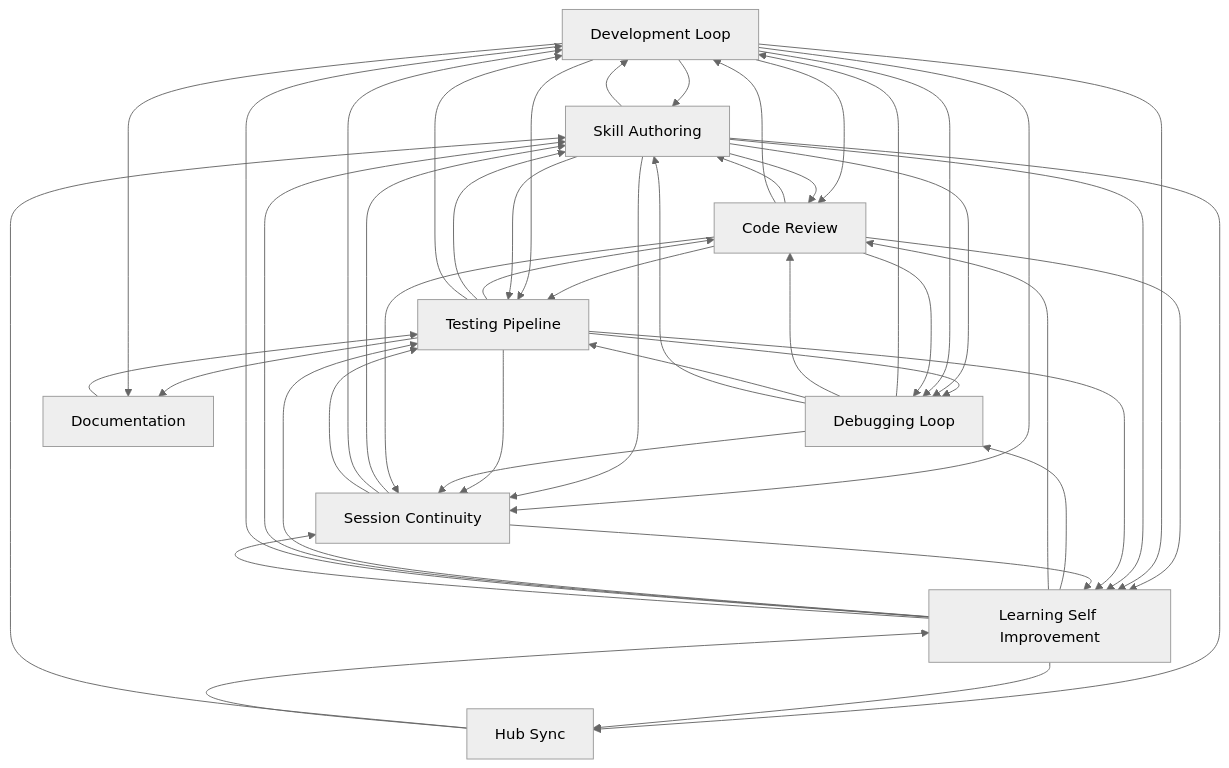
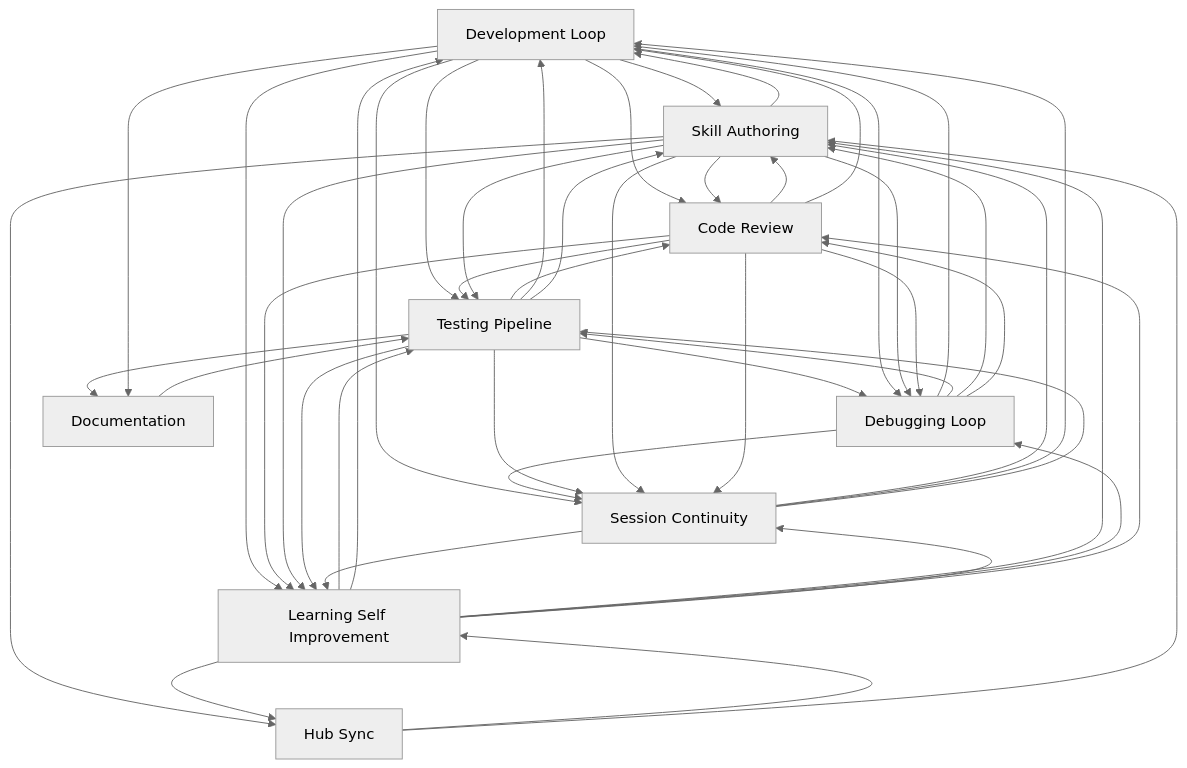
Before and after one commit to abhayla/claude-best-practices: the diagram in docs/workflows/INDEX.md, drawn with Mermaid (neutral theme). The commit also changed other lines of this file and 11 other files, not shown here.

````diff
--- a/docs/workflows/INDEX.md
+++ b/docs/workflows/INDEX.md
@@ -21,58 +21,58 @@
 ```mermaid
 graph TD
     development_loop[Development Loop]
     testing_pipeline[Testing Pipeline]
     debugging_loop[Debugging Loop]
     learning_self_improvement[Learning Self Improvement]
     session_continuity[Session Continuity]
     skill_authoring[Skill Authoring]
     code_review[Code Review]
     documentation[Documentation]
     hub_sync[Hub Sync]
     documentation --> testing_pipeline
+    development_loop --> skill_authoring
+    development_loop --> code_review
     code_review --> skill_authoring
     code_review --> development_loop
-    development_loop --> skill_authoring
-    development_loop --> code_review
+    development_loop --> testing_pipeline
+    development_loop --> learning_self_improvement
     code_review --> testing_pipeline
     code_review --> learning_self_improvement
-    development_loop --> testing_pipeline
-    development_loop --> learning_self_improvement
     testing_pipeline --> code_review
     testing_pipeline --> debugging_loop
+    testing_pipeline --> development_loop
     testing_pipeline --> skill_authoring
-    testing_pipeline --> development_loop
+    skill_authoring --> development_loop
     skill_authoring --> code_review
-    skill_authoring --> development_loop
     skill_authoring --> testing_pipeline
     skill_authoring --> learning_self_improvement
     development_loop --> session_continuity
+    debugging_loop --> development_loop
+    debugging_loop --> session_continuity
+    testing_pipeline --> session_continuity
     skill_authoring --> session_continuity
-    testing_pipeline --> session_continuity
-    debugging_loop --> session_continuity
-    debugging_loop --> development_loop
-    skill_authoring --> debugging_loop
-    development_loop --> debugging_loop
-    debugging_loop --> code_review
     debugging_loop --> testing_pipeline
     debugging_loop --> skill_authoring
+    debugging_loop --> code_review
+    development_loop --> debugging_loop
+    skill_authoring --> debugging_loop
+    learning_self_improvement --> testing_pipeline
+    learning_self_improvement --> development_loop
+    learning_self_improvement --> skill_authoring
     learning_self_improvement --> debugging_loop
     learning_self_improvement --> code_review
-    learning_self_improvement --> testing_pipeline
-    learning_self_improvement --> skill_authoring
-    learning_self_improvement --> development_loop
     code_review --> debugging_loop
-    code_review --> session_continuity
     testing_pipeline --> learning_self_improvement
     learning_self_improvement --> session_continuity
+    code_review --> session_continuity
+    session_continuity --> learning_self_improvement
     session_continuity --> skill_authoring
-    session_continuity --> learning_self_improvement
     testing_pipeline --> documentation
     development_loop --> documentation
     session_continuity --> development_loop
     session_continuity --> testing_pipeline
     skill_authoring --> hub_sync
     learning_self_improvement --> hub_sync
+    hub_sync --> learning_self_improvement
     hub_sync --> skill_authoring
-    hub_sync --> learning_self_improvement
 ```
````
